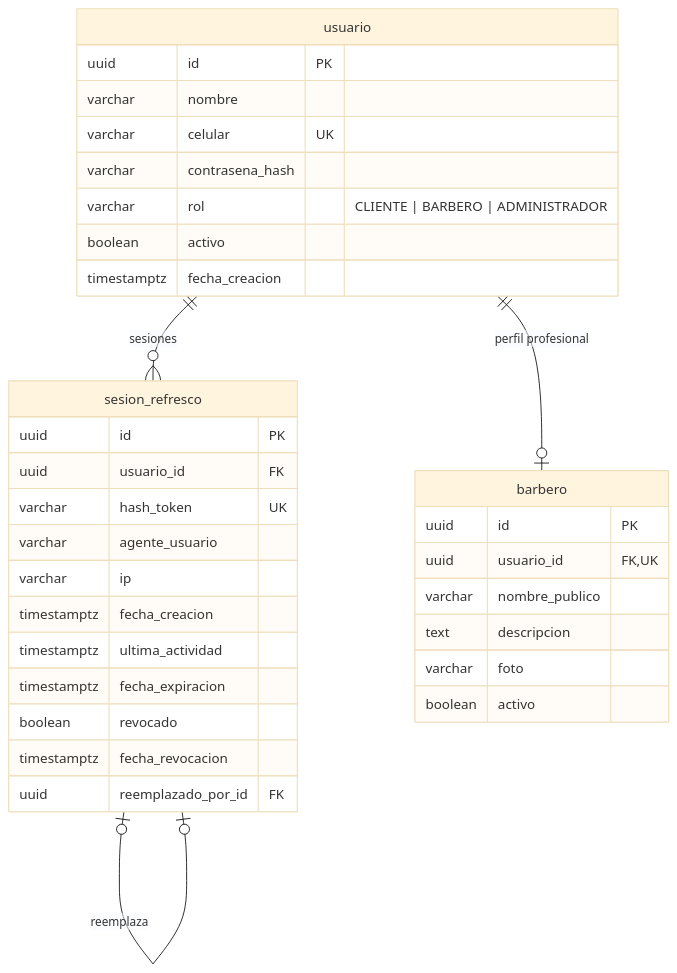
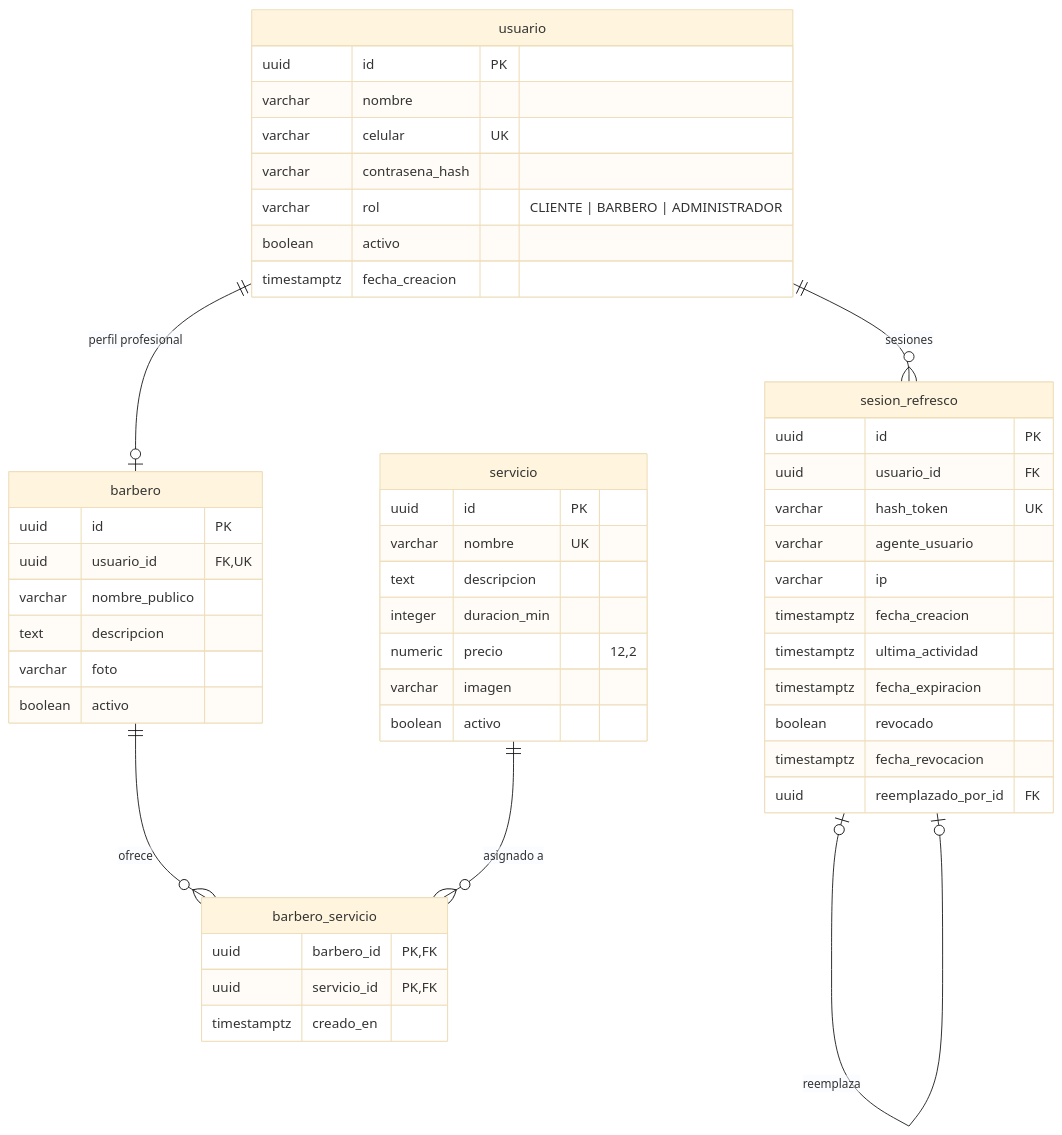
Before and after one commit to SantiagoBastidas04/oalbarber: the first of 2 diagrams in docs/arquitectura/modelo-datos.md, drawn with Mermaid (base theme). The commit also changed other lines of this file and 32 other files, not shown here.

````diff
--- a/docs/arquitectura/modelo-datos.md
+++ b/docs/arquitectura/modelo-datos.md
@@ -13,39 +14,57 @@
 ```mermaid
 erDiagram
     usuario {
         uuid id PK
         varchar nombre
         varchar celular UK
         varchar contrasena_hash
         varchar rol "CLIENTE | BARBERO | ADMINISTRADOR"
         boolean activo
         timestamptz fecha_creacion
     }
 
     sesion_refresco {
         uuid id PK
         uuid usuario_id FK
         varchar hash_token UK
         varchar agente_usuario
         varchar ip
         timestamptz fecha_creacion
         timestamptz ultima_actividad
         timestamptz fecha_expiracion
         boolean revocado
         timestamptz fecha_revocacion
         uuid reemplazado_por_id FK
     }
 
+    servicio {
+        uuid id PK
+        varchar nombre UK
+        text descripcion
+        integer duracion_min
+        numeric precio "12,2"
+        varchar imagen
+        boolean activo
+    }
+
     barbero {
         uuid id PK
         uuid usuario_id FK, UK
         varchar nombre_publico
         text descripcion
         varchar foto
         boolean activo
     }
 
+    barbero_servicio {
+        uuid barbero_id PK, FK
+        uuid servicio_id PK, FK
+        timestamptz creado_en
+    }
+
     usuario ||--o{ sesion_refresco : "sesiones"
     sesion_refresco o|--o| sesion_refresco : "reemplaza"
     usuario ||--o| barbero : "perfil profesional"
+    barbero ||--o{ barbero_servicio : "ofrece"
+    servicio ||--o{ barbero_servicio : "asignado a"
 ```
````
